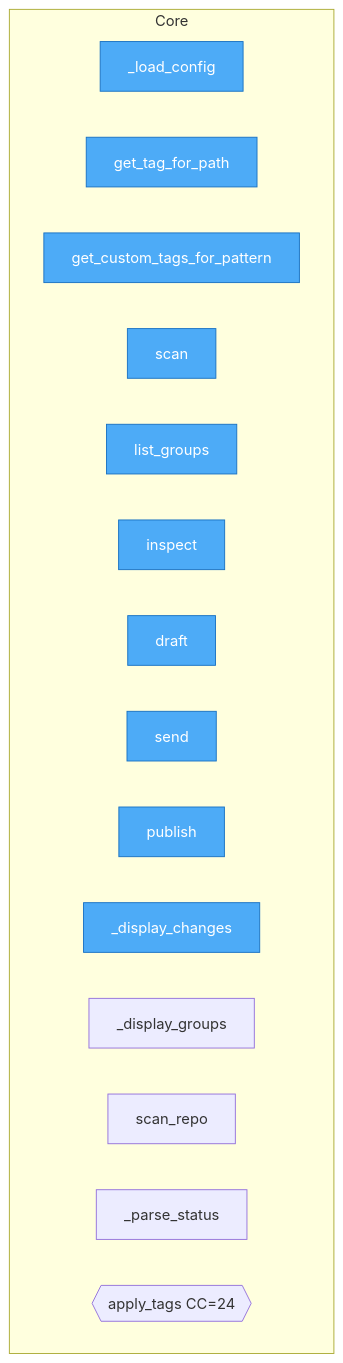
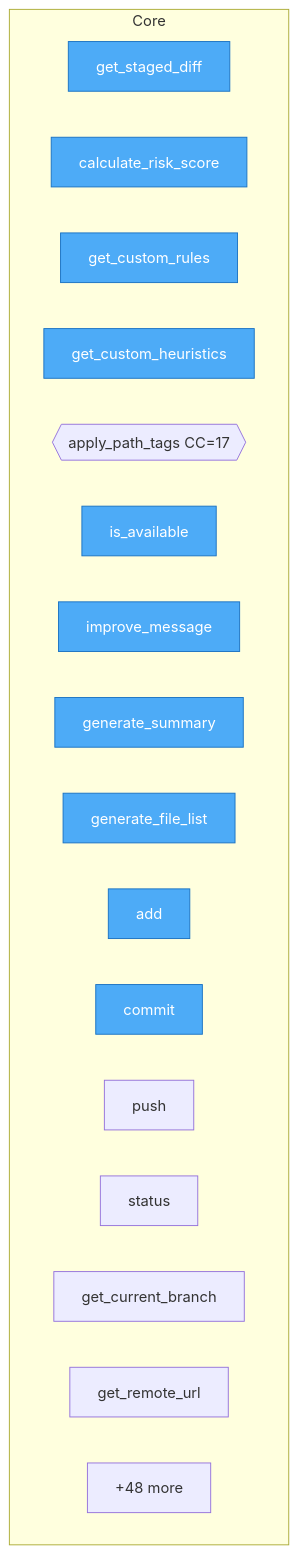
One commit to semcod/tagi changed the diagram in project/flow.mmd. Above: the diagram before and after it, drawn with Mermaid. The commit also changed 4 other files, not shown here.

```diff
--- a/project/flow.mmd
+++ b/project/flow.mmd
@@ -1,24 +1,26 @@
 flowchart TD
 %% generated in 0.00s
 
     %% Entry points (blue)
     classDef entry fill:#4dabf7,stroke:#1971c2,color:#fff
 
     subgraph Core
-        src__tagi__config__Config___load_config["_load_config"]
-        src__tagi__config__Config__get_tag_for_path["get_tag_for_path"]
-        src__tagi__config__Config__get_custom_tags_for_pattern["get_custom_tags_for_pattern"]
-        src__tagi__cli__scan["scan"]
-        src__tagi__cli__list_groups["list_groups"]
-        src__tagi__cli__inspect["inspect"]
-        src__tagi__cli__draft["draft"]
-        src__tagi__cli__send["send"]
-        src__tagi__cli__publish["publish"]
-        src__tagi__cli___display_changes["_display_changes"]
-        src__tagi__cli___display_groups["_display_groups"]
-        src__tagi__scanner__scan_repo["scan_repo"]
-        src__tagi__scanner___parse_status["_parse_status"]
-        src__tagi__heuristics__apply_tags{{apply_tags CC=24}}
+        src__tagi__scanner__diff__get_staged_diff["get_staged_diff"]
+        src__tagi__heuristics__scoring__calculate_risk_score["calculate_risk_score"]
+        src__tagi__heuristics__rules__get_custom_rules["get_custom_rules"]
+        src__tagi__heuristics__rules__get_custom_heuristics["get_custom_heuristics"]
+        src__tagi__heuristics__tags__apply_path_tags{{apply_path_tags CC=17}}
+        src__tagi__llm__llx_adapter__LlxAdapter__is_available["is_available"]
+        src__tagi__llm__llx_adapter__LlxAdapter__improve_message["improve_message"]
+        src__tagi__composer__summary__generate_summary["generate_summary"]
+        src__tagi__composer__summary__generate_file_list["generate_file_list"]
+        src__tagi__executor__git__GitExecutor__add["add"]
+        src__tagi__executor__git__GitExecutor__commit["commit"]
+        src__tagi__executor__git__GitExecutor__push["push"]
+        src__tagi__executor__git__GitExecutor__status["status"]
+        src__tagi__executor__git__GitExecutor__get_current_branch["get_current_branch"]
+        src__tagi__executor__git__GitExecutor__get_remote_url["get_remote_url"]
+        ...["+48 more"]
     end
 
-    class src__tagi__config__Config___load_config,src__tagi__config__Config__get_tag_for_path,src__tagi__config__Config__get_custom_tags_for_pattern,src__tagi__cli__scan,src__tagi__cli__list_groups,src__tagi__cli__inspect,src__tagi__cli__draft,src__tagi__cli__send,src__tagi__cli__publish,src__tagi__cli___display_changes entry
+    class src__tagi__scanner__diff__get_staged_diff,src__tagi__heuristics__scoring__calculate_risk_score,src__tagi__heuristics__rules__get_custom_rules,src__tagi__heuristics__rules__get_custom_heuristics,src__tagi__llm__llx_adapter__LlxAdapter__is_available,src__tagi__llm__llx_adapter__LlxAdapter__improve_message,src__tagi__composer__summary__generate_summary,src__tagi__composer__summary__generate_file_list,src__tagi__executor__git__GitExecutor__add,src__tagi__executor__git__GitExecutor__commit entry
```
